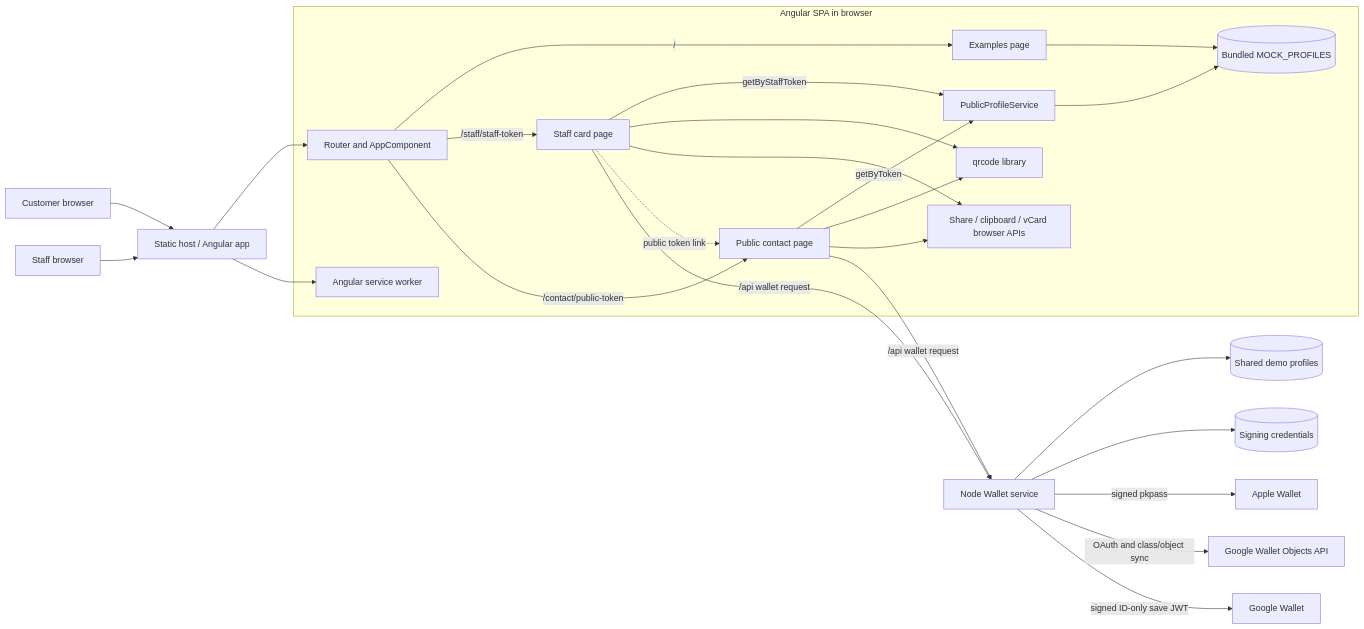
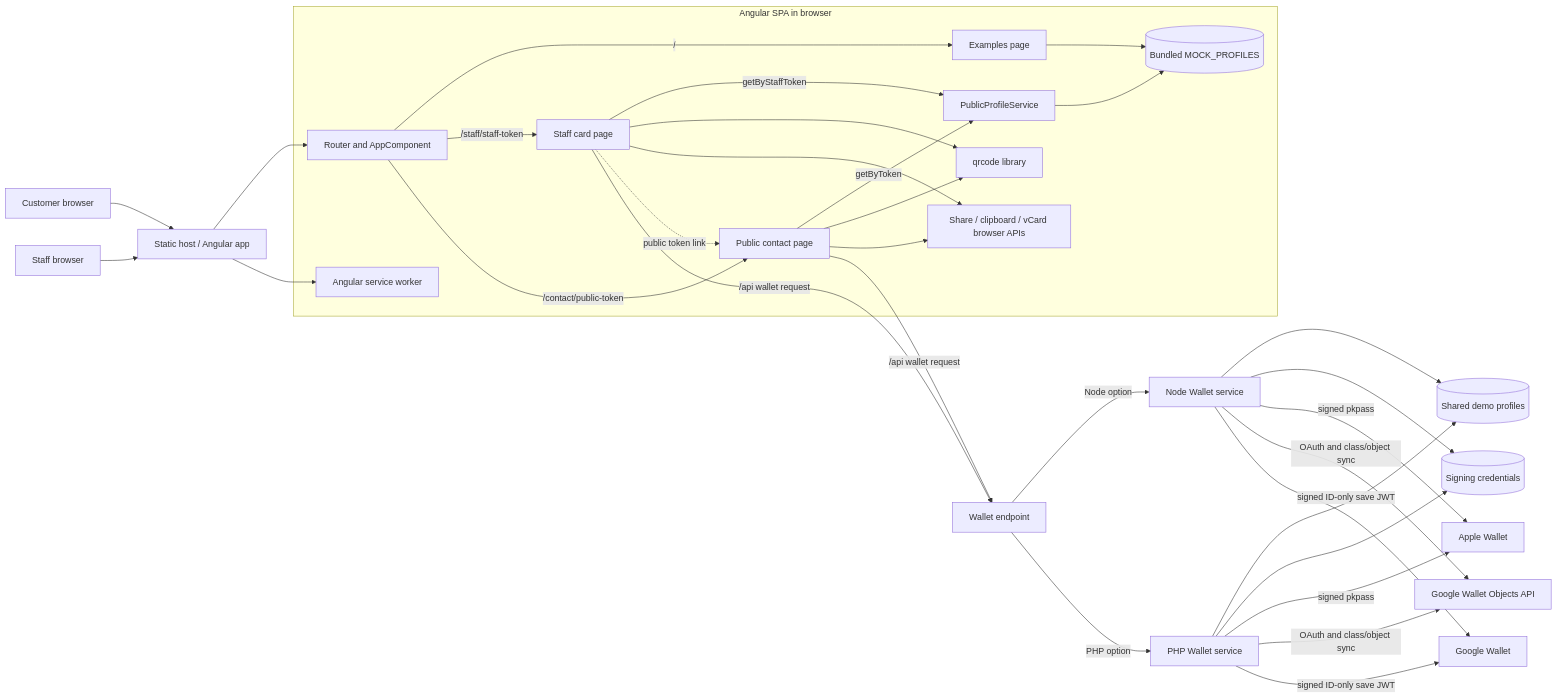
One commit to jaynidesh/Digital-Business-Card changed the diagram in architecture.mmd. Above: the diagram before and after it, drawn with Mermaid. The commit also changed 22 other files, not shown here.

Commit message:
added image in wallet and created test server in php

```diff
--- a/architecture.mmd
+++ b/architecture.mmd
@@ -1,37 +1,44 @@
 flowchart LR
     visitor[Customer browser] --> static[Static host / Angular app]
     staff[Staff browser] --> static
 
     subgraph browser[Angular SPA in browser]
         router[Router and AppComponent]
         examples[Examples page]
         staffPage[Staff card page]
         publicPage[Public contact page]
         profiles[PublicProfileService]
         mock[(Bundled MOCK_PROFILES)]
         qr[qrcode library]
         webapis[Share / clipboard / vCard browser APIs]
         sw[Angular service worker]
     end
 
     static --> router
     static --> sw
     router -->|/| examples
     router -->|/staff/staff-token| staffPage
     router -->|/contact/public-token| publicPage
     examples --> mock
     staffPage -->|getByStaffToken| profiles
     publicPage -->|getByToken| profiles
     profiles --> mock
     staffPage --> qr
     publicPage --> qr
     staffPage --> webapis
     publicPage --> webapis
     staffPage -.->|public token link| publicPage
-    staffPage -->|/api wallet request| wallet
-    publicPage -->|/api wallet request| wallet[Node Wallet service]
-    wallet --> data[(Shared demo profiles)]
-    wallet --> keys[(Signing credentials)]
-    wallet -->|signed pkpass| apple[Apple Wallet]
-    wallet -->|OAuth and class/object sync| googleApi[Google Wallet Objects API]
-    wallet -->|signed ID-only save JWT| google[Google Wallet]
+    staffPage -->|/api wallet request| walletRoute[Wallet endpoint]
+    publicPage -->|/api wallet request| walletRoute
+    walletRoute -->|Node option| nodeWallet[Node Wallet service]
+    walletRoute -->|PHP option| phpWallet[PHP Wallet service]
+    nodeWallet --> data[(Shared demo profiles)]
+    phpWallet --> data
+    nodeWallet --> keys[(Signing credentials)]
+    phpWallet --> keys
+    nodeWallet -->|signed pkpass| apple[Apple Wallet]
+    phpWallet -->|signed pkpass| apple
+    nodeWallet -->|OAuth and class/object sync| googleApi[Google Wallet Objects API]
+    phpWallet -->|OAuth and class/object sync| googleApi
+    nodeWallet -->|signed ID-only save JWT| google[Google Wallet]
+    phpWallet -->|signed ID-only save JWT| google
```
